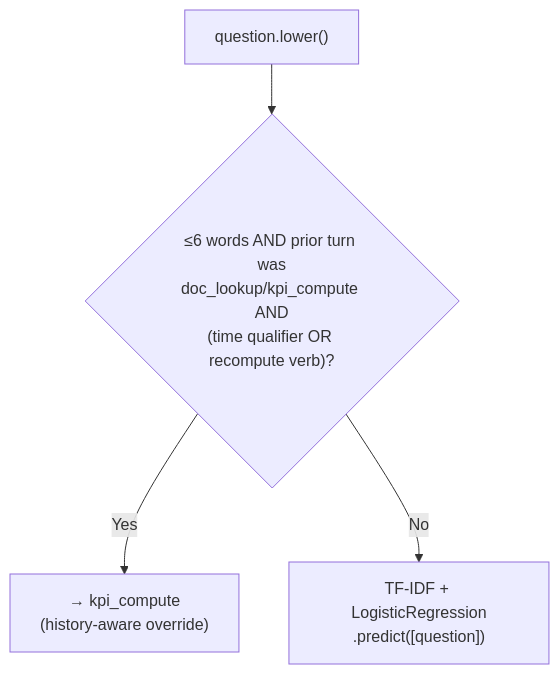
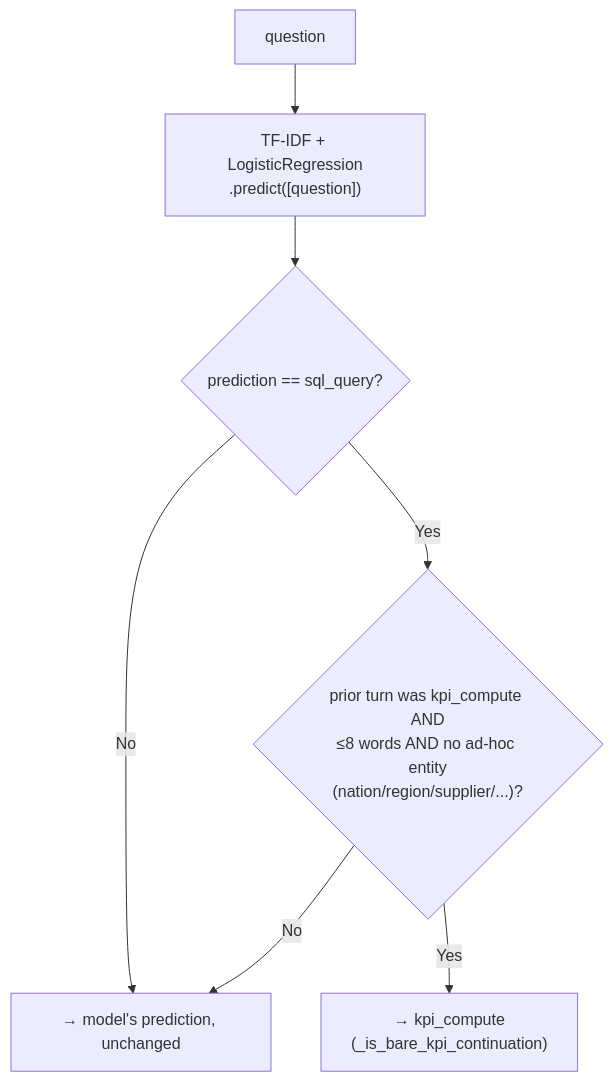
The tenth of 13 diagrams in documentation/architecture.md (piyushraj6789/multi-agent-data-assistant-v2), drawn with Mermaid before and after one commit. The commit also changed other lines of this file and 8 other files, not shown here.

````diff
--- a/documentation/architecture.md
+++ b/documentation/architecture.md
@@ -1110,11 +1218,15 @@
 ```mermaid
 flowchart TD
-    Q["question.lower()"]
-    Short{"≤6 words AND prior turn was<br/>doc_lookup/kpi_compute AND<br/>(time qualifier OR recompute verb)?"}
-    Follow["→ kpi_compute<br/>(history-aware override)"]
+    Q["question"]
     Model["TF-IDF + LogisticRegression<br/>.predict([question])"]
+    IsSQL{"prediction == sql_query?"}
+    Continuation{"prior turn was kpi_compute AND<br/>≤8 words AND no ad-hoc entity<br/>(nation/region/supplier/...)?"}
+    Override["→ kpi_compute<br/>(_is_bare_kpi_continuation)"]
+    Keep["→ model's prediction, unchanged"]
 
-    Q --> Short
-    Short --> |Yes| Follow
-    Short --> |No| Model
+    Q --> Model --> IsSQL
+    IsSQL --> |No| Keep
+    IsSQL --> |Yes| Continuation
+    Continuation --> |Yes| Override
+    Continuation --> |No| Keep
 ```
````
